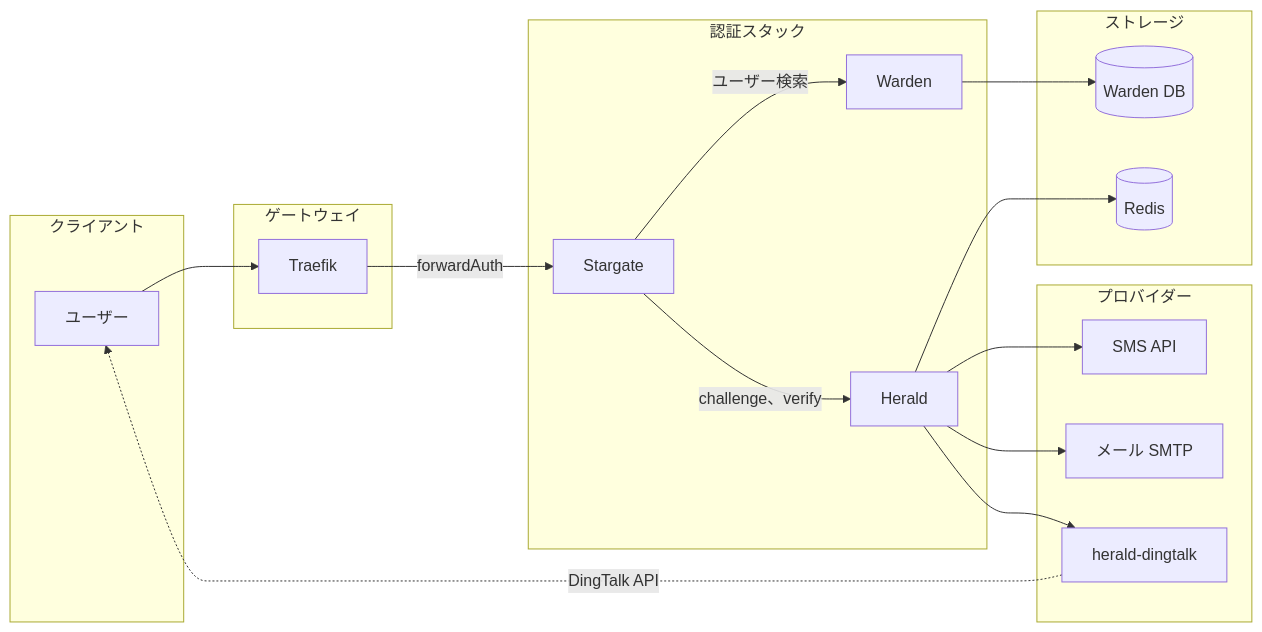
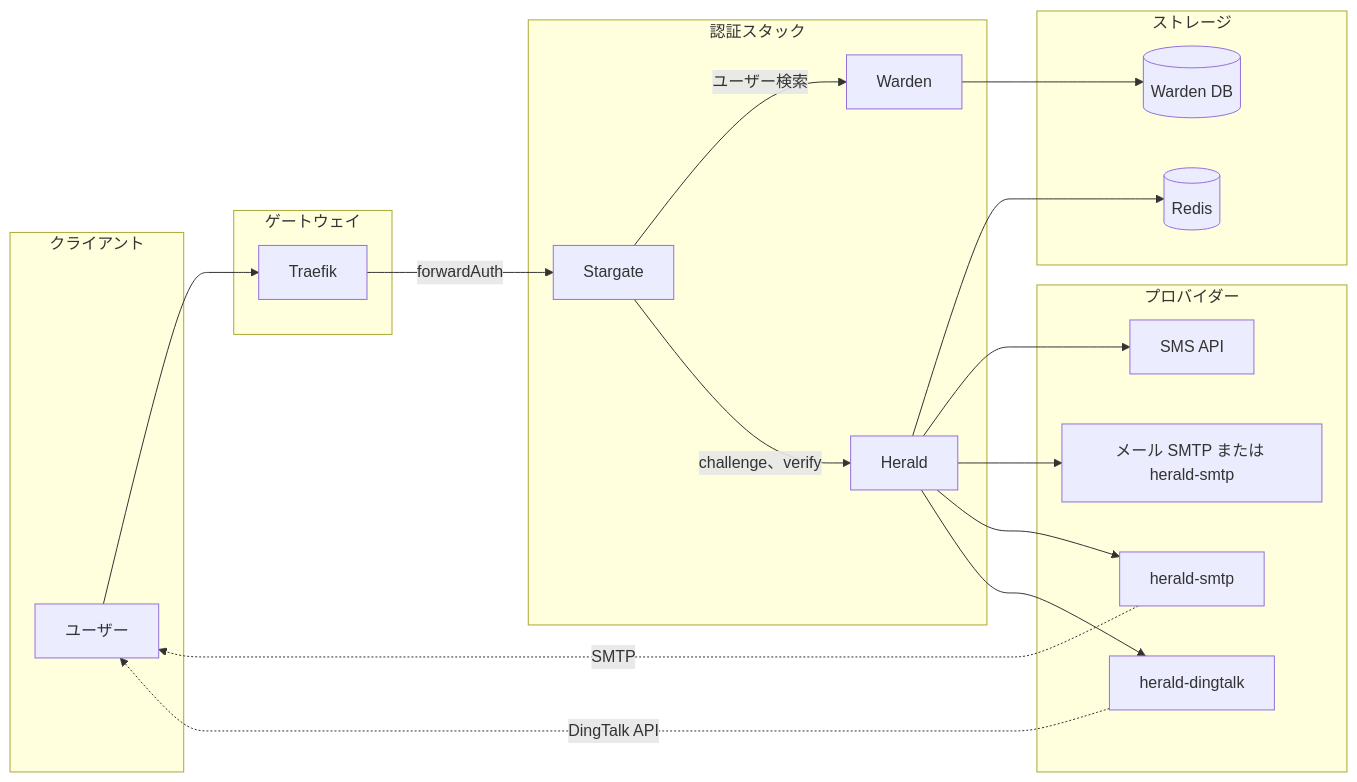
One commit to soulteary/herald changed the diagram in docs/jaJP/ARCHITECTURE.md. Above: the diagram before and after it, drawn with Mermaid. The commit also changed other lines of this file and 27 other files, not shown here.

Commit message:
feat: use herald-smtp

````diff
--- a/docs/jaJP/ARCHITECTURE.md
+++ b/docs/jaJP/ARCHITECTURE.md
@@ -11,38 +11,41 @@
 ```mermaid
 flowchart LR
   subgraph client [クライアント]
     User[ユーザー]
   end
 
   subgraph gateway [ゲートウェイ]
     Traefik[Traefik]
   end
 
   subgraph auth [認証スタック]
     Stargate[Stargate]
     Warden[Warden]
     Herald[Herald]
   end
 
   subgraph storage [ストレージ]
     Redis[(Redis)]
     DB[(Warden DB)]
   end
 
   subgraph providers [プロバイダー]
     SMS[SMS API]
-    Email[メール SMTP]
+    Email[メール SMTP または herald-smtp]
+    HeraldSMTP[herald-smtp]
     HeraldDingtalk[herald-dingtalk]
   end
 
   User --> Traefik
   Traefik -->|forwardAuth| Stargate
   Stargate -->|ユーザー検索| Warden
   Stargate -->|challenge、verify| Herald
   Warden --> DB
   Herald --> Redis
   Herald --> SMS
   Herald --> Email
+  Herald --> HeraldSMTP
   Herald --> HeraldDingtalk
+  HeraldSMTP -.->|SMTP| User
   HeraldDingtalk -.->|DingTalk API| User
 ```
````
